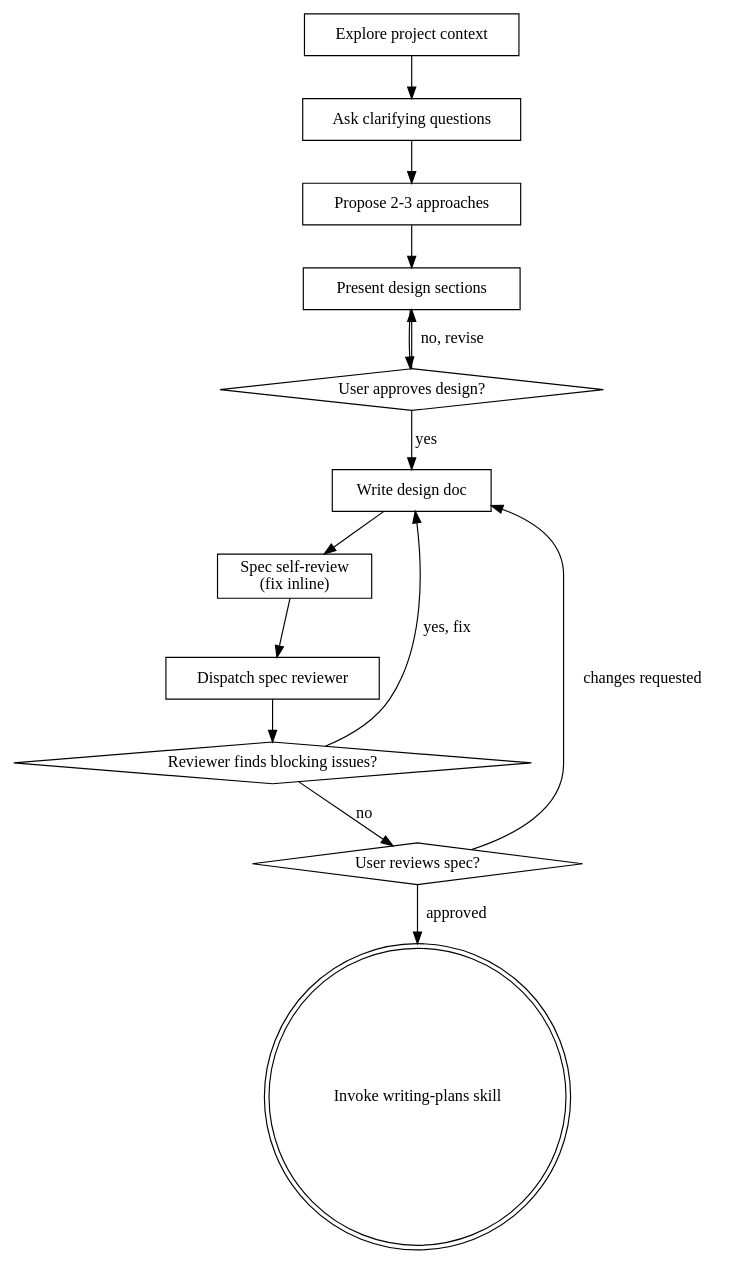
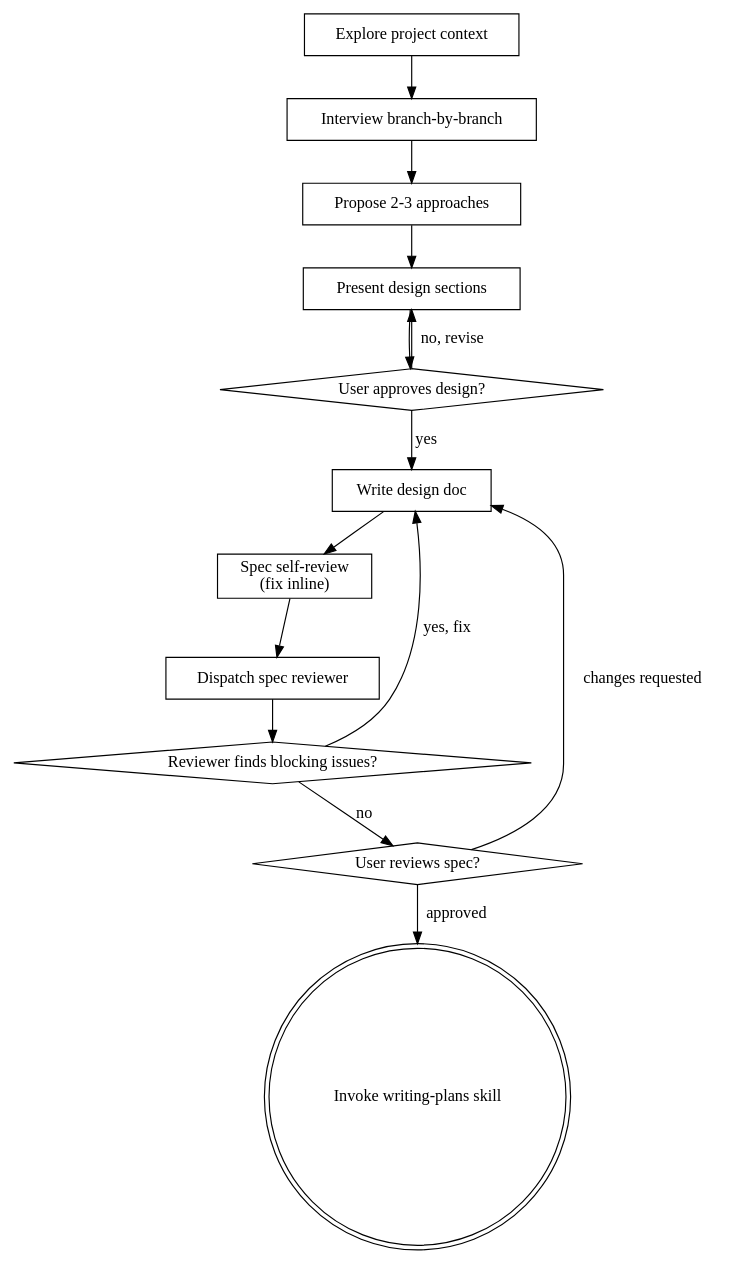
Before and after one commit to fgladisch/pi-skills: the diagram in skills/brainstorming/SKILL.md, drawn with Graphviz. The commit also changed other lines of this file and 2 other files, not shown here.

````diff
--- a/skills/brainstorming/SKILL.md
+++ b/skills/brainstorming/SKILL.md
@@ -36,29 +36,29 @@
 ```dot
 digraph brainstorming {
     "Explore project context" [shape=box];
-    "Ask clarifying questions" [shape=box];
+    "Interview branch-by-branch" [shape=box];
     "Propose 2-3 approaches" [shape=box];
     "Present design sections" [shape=box];
     "User approves design?" [shape=diamond];
     "Write design doc" [shape=box];
     "Spec self-review\n(fix inline)" [shape=box];
     "Dispatch spec reviewer" [shape=box];
     "Reviewer finds blocking issues?" [shape=diamond];
     "User reviews spec?" [shape=diamond];
     "Invoke writing-plans skill" [shape=doublecircle];
 
-    "Explore project context" -> "Ask clarifying questions";
-    "Ask clarifying questions" -> "Propose 2-3 approaches";
+    "Explore project context" -> "Interview branch-by-branch";
+    "Interview branch-by-branch" -> "Propose 2-3 approaches";
     "Propose 2-3 approaches" -> "Present design sections";
     "Present design sections" -> "User approves design?";
     "User approves design?" -> "Present design sections" [label="no, revise"];
     "User approves design?" -> "Write design doc" [label="yes"];
     "Write design doc" -> "Spec self-review\n(fix inline)";
     "Spec self-review\n(fix inline)" -> "Dispatch spec reviewer";
     "Dispatch spec reviewer" -> "Reviewer finds blocking issues?";
     "Reviewer finds blocking issues?" -> "Write design doc" [label="yes, fix"];
     "Reviewer finds blocking issues?" -> "User reviews spec?" [label="no"];
     "User reviews spec?" -> "Write design doc" [label="changes requested"];
     "User reviews spec?" -> "Invoke writing-plans skill" [label="approved"];
 }
 ```
````
